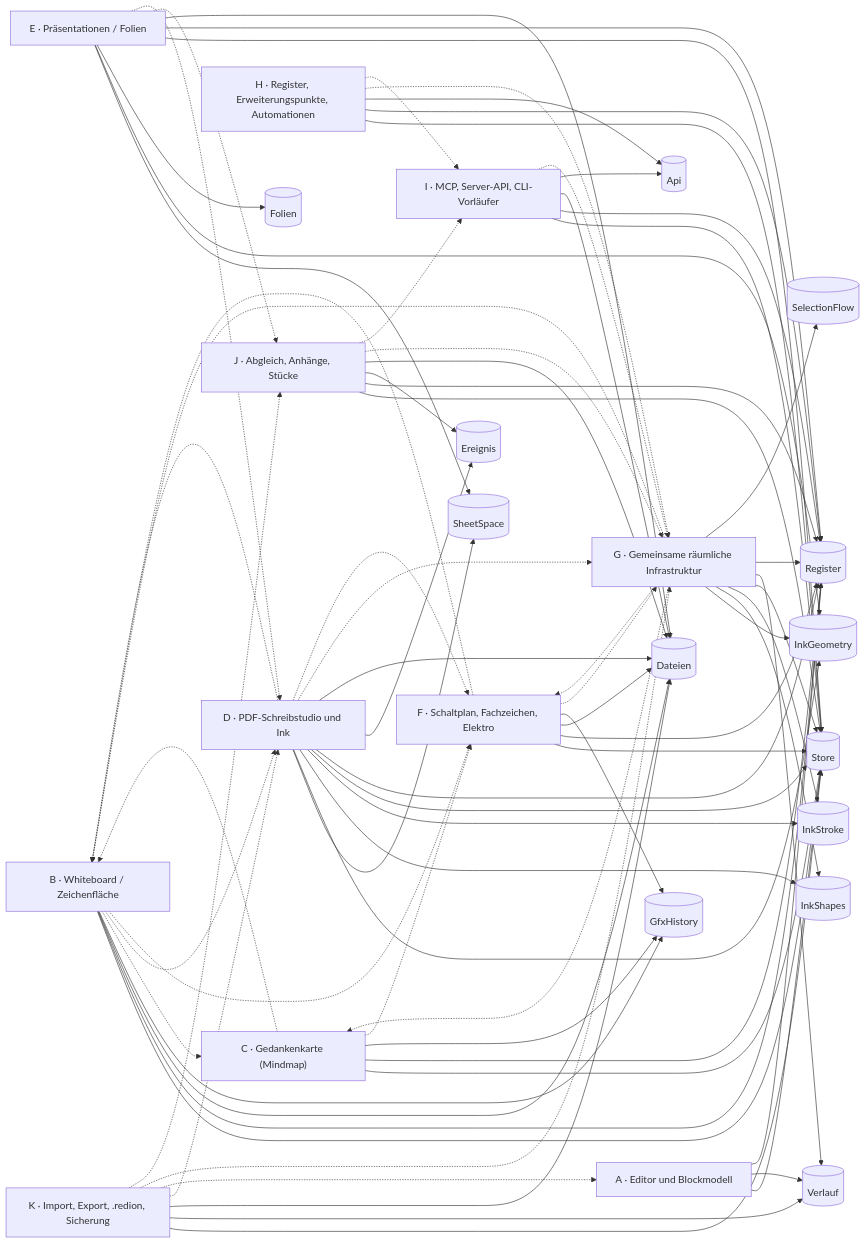
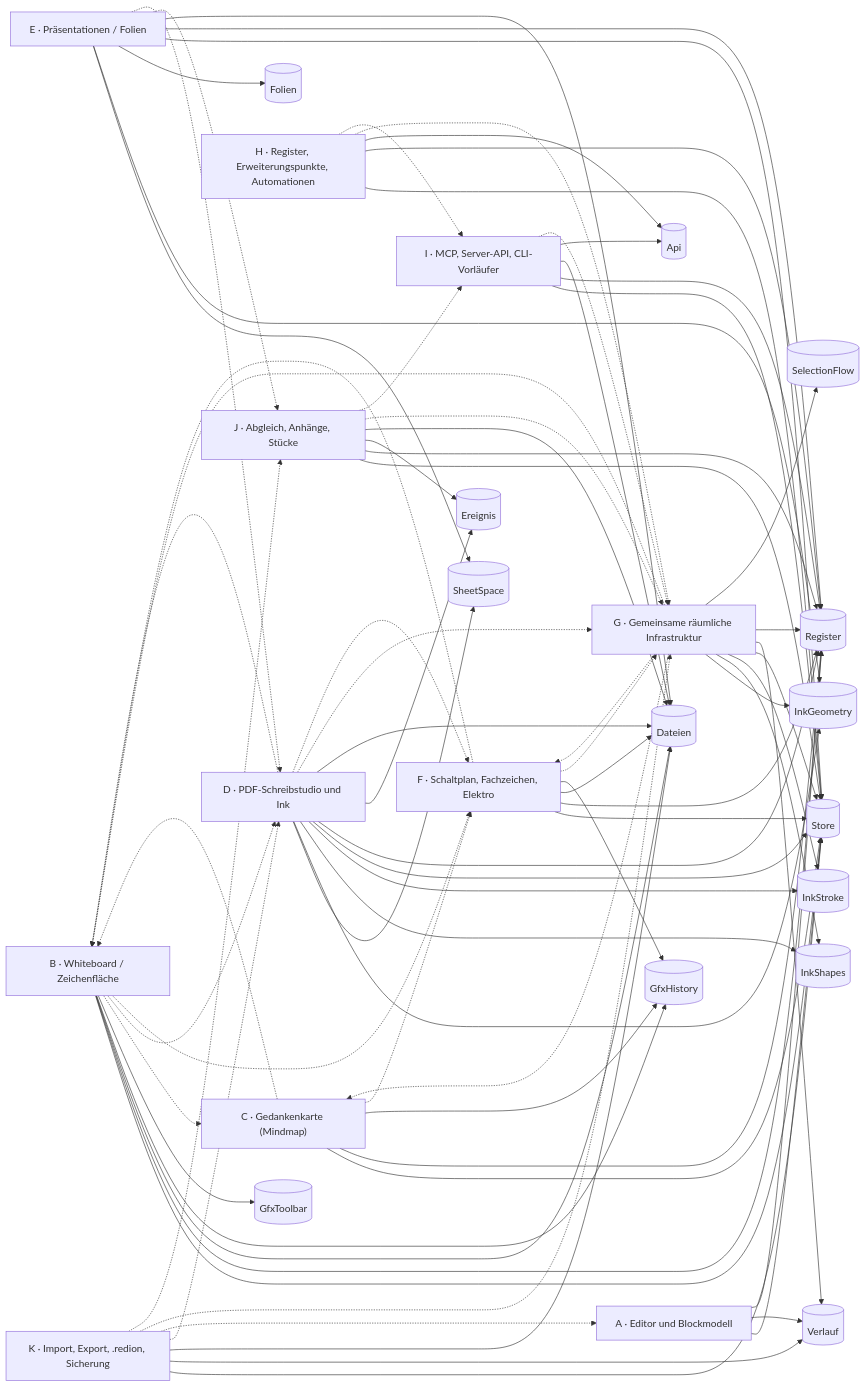
Before and after one commit to Redurbabat/Redion: the diagram in doku/karte/Redion.md, drawn with Mermaid. The commit also changed other lines of this file and 31 other files, not shown here.

```diff
--- a/doku/karte/Redion.md
+++ b/doku/karte/Redion.md
@@ -28,6 +28,7 @@
   Dateien[("Dateien")]
   Api[("Api")]
   GfxHistory[("GfxHistory")]
+  GfxToolbar[("GfxToolbar")]
   editor["A · Editor und Blockmodell"]
   zeichenflaeche["B · Whiteboard / Zeichenfläche"]
   gedankenkarte["C · Gedankenkarte (Mindmap)"]
@@ -46,6 +47,7 @@
   zeichenflaeche --> Register
   zeichenflaeche --> Dateien
   zeichenflaeche --> GfxHistory
+  zeichenflaeche --> GfxToolbar
   zeichenflaeche -.-> gedankenkarte
   zeichenflaeche -.-> pdf
   zeichenflaeche -.-> elektro
```
